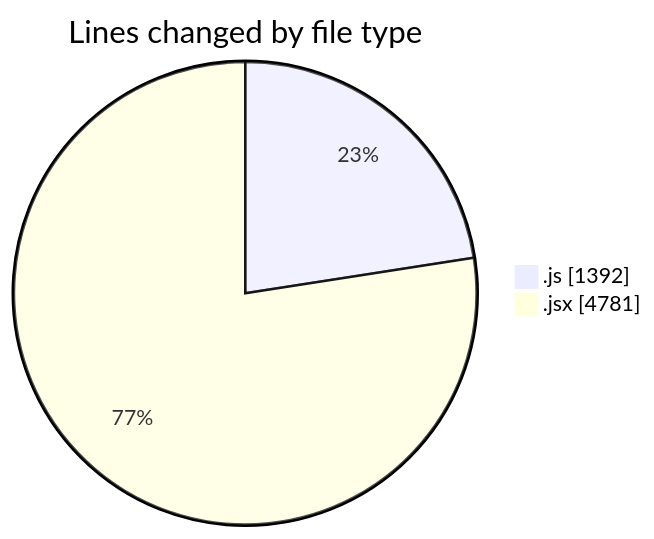
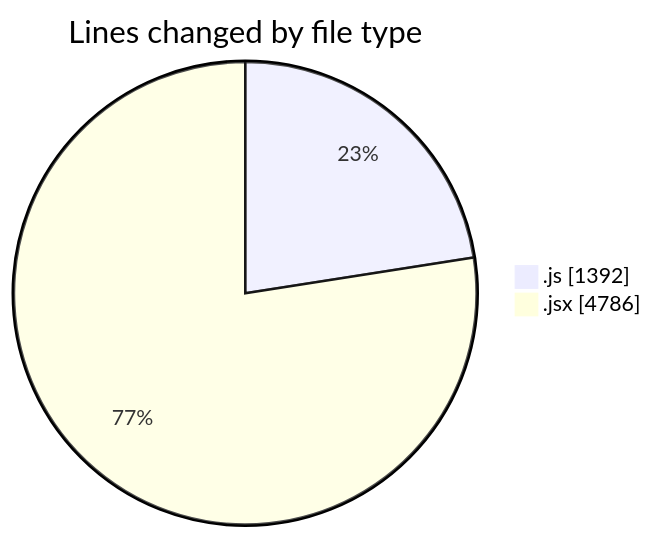
One commit to nxtqubesakshisongat/code-tracking changed the first of 2 diagrams in 2025-07-29/nxtqube_webapp/README.md. Above: the diagram before and after it, drawn with Mermaid. The commit also changed other lines of this file and 1 other file, not shown here.

````diff
--- a/2025-07-29/nxtqube_webapp/README.md
+++ b/2025-07-29/nxtqube_webapp/README.md
@@ -31,6 +31,6 @@
 ```mermaid
 pie showData
 title Lines changed by file type
 ".js" : 1392
-".jsx" : 4781
+".jsx" : 4786
 ```
````
